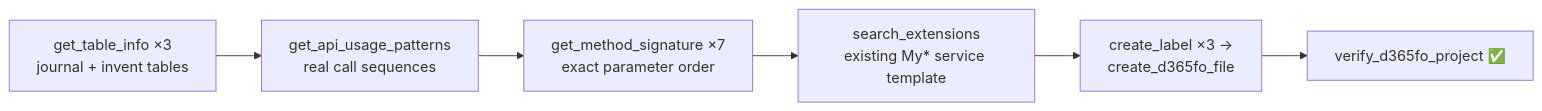
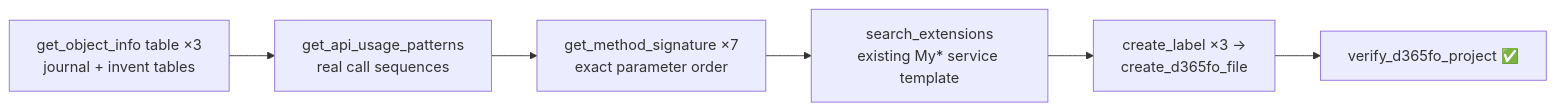
Before and after one commit to DaylePWork/d365fo-mcp-server: the sixth of 7 diagrams in docs/USAGE_EXAMPLES.md, drawn with Mermaid. The commit also changed other lines of this file and 57 other files, not shown here.

First line of the commit message:
feat: unify per-type readers under get_object_info

````diff
--- a/docs/USAGE_EXAMPLES.md
+++ b/docs/USAGE_EXAMPLES.md
@@ -147,8 +147,8 @@
 ```mermaid
 flowchart LR
-    A["get_table_info ×3<br/>journal + invent tables"] --> B["get_api_usage_patterns<br/>real call sequences"]
+    A["get_object_info table ×3<br/>journal + invent tables"] --> B["get_api_usage_patterns<br/>real call sequences"]
     B --> C["get_method_signature ×7<br/>exact parameter order"]
     C --> D["search_extensions<br/>existing My* service template"]
     D --> E["create_label ×3 →<br/>create_d365fo_file"]
     E --> F[verify_d365fo_project ✅]
 ```
````
